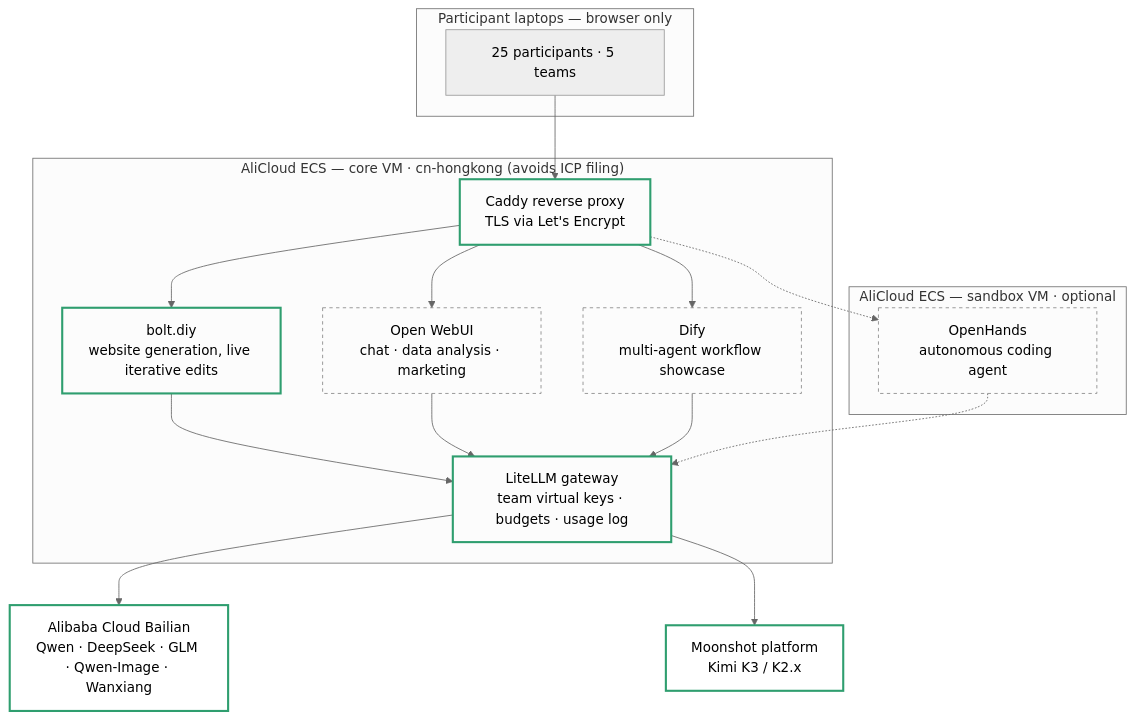
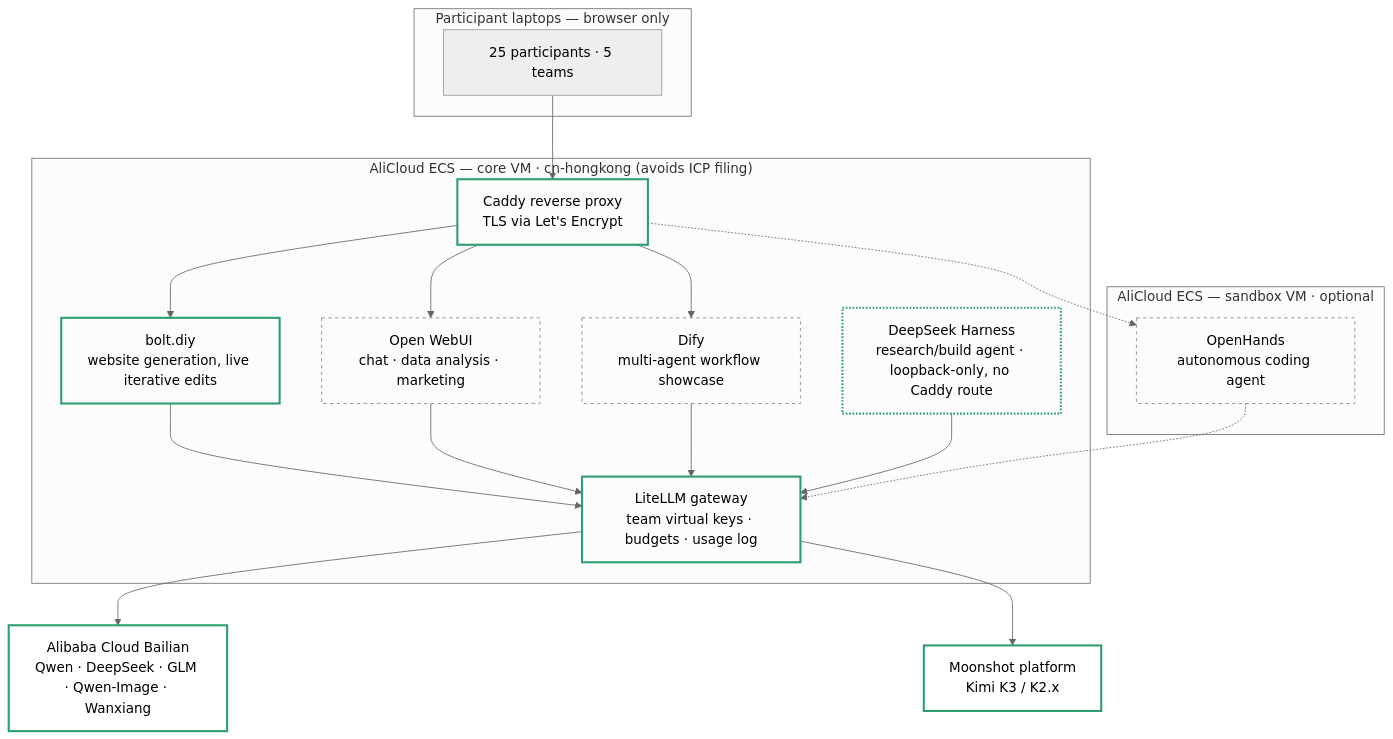
One commit to gsbn-trade/2026_09_hackathon_infra changed the first of 2 diagrams in ARCHITECTURE.md. Above: the diagram before and after it, drawn with Mermaid (neutral theme). The commit also changed other lines of this file and 17 other files, not shown here.

First line of the commit message:
Add DeepSeek Harness: research/build agent with per-track team presets

````diff
--- a/ARCHITECTURE.md
+++ b/ARCHITECTURE.md
@@ -23,32 +23,35 @@
 ```mermaid
 flowchart TB
     subgraph Participants["Participant laptops — browser only"]
         P["25 participants · 5 teams"]
     end
 
     P --> RP["Caddy reverse proxy\nTLS via Let's Encrypt"]
 
     subgraph CoreVM["AliCloud ECS — core VM · cn-hongkong (avoids ICP filing)"]
         RP --> BD["bolt.diy\nwebsite generation, live iterative edits"]
         RP --> OW["Open WebUI\nchat · data analysis · marketing"]
         RP --> DY["Dify\nmulti-agent workflow showcase"]
         BD --> LL["LiteLLM gateway\nteam virtual keys · budgets · usage log"]
         OW --> LL
         DY --> LL
+        DS["DeepSeek Harness\nresearch/build agent · loopback-only, no Caddy route"] --> LL
     end
 
     subgraph SandboxVM["AliCloud ECS — sandbox VM · optional"]
         OH["OpenHands\nautonomous coding agent"]
     end
     RP -.-> OH
     OH -.-> LL
 
     LL --> BL["Alibaba Cloud Bailian\nQwen · DeepSeek · GLM · Qwen-Image · Wanxiang"]
     LL --> MS["Moonshot platform\nKimi K3 / K2.x"]
 
     classDef built fill:none,stroke:#2f9e6f,stroke-width:2.5px;
     classDef planned fill:none,stroke:#888888,stroke-width:1px,stroke-dasharray: 4 4;
+    classDef localonly fill:none,stroke:#2f9e6f,stroke-width:2.5px,stroke-dasharray: 2 2;
 
     class RP,BD,LL,BL,MS built
     class OW,DY,OH planned
+    class DS localonly
 ```
````
